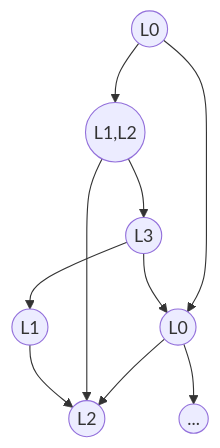
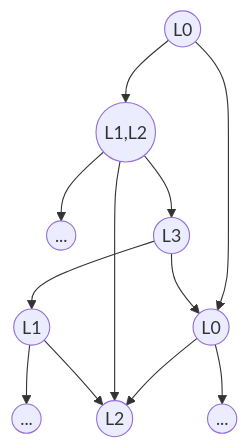
One commit to QRWells/slides changed the diagram in model-checking-ch5/slides.md. Above: the diagram before and after it, drawn with Mermaid. The commit also changed other lines of this file and 12 other files, not shown here.

````diff
--- a/model-checking-ch5/slides.md
+++ b/model-checking-ch5/slides.md
@@ -97,12 +97,14 @@
 ```mermaid
 graph TB
     A((L0)) --> B((L1,L2))
     A --> C((L0))
+    B --> H((...))
     B --> D((L3))
     C --> E((L2))
     D --> F((L1))
     D --> C
     B --> E
     F --> E
+    F --> G((...))
     C --> K((...))
 ```
````
